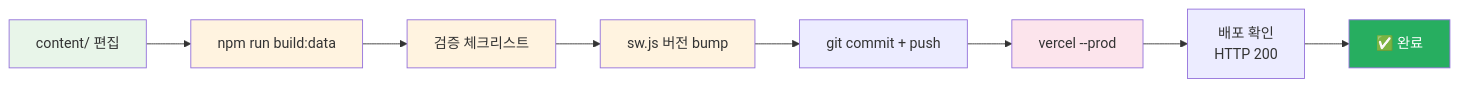
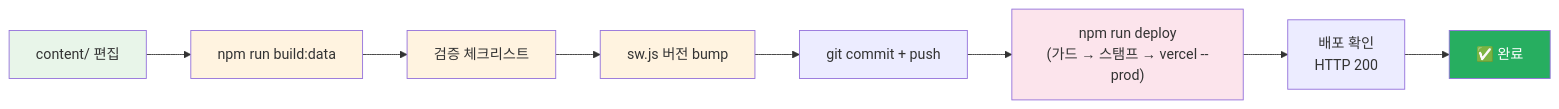
One commit to skygoldlee-cyber/passok changed the fifth of 5 diagrams in docs/dev/runbooks/CONTENT_WORKFLOW.md. Above: the diagram before and after it, drawn with Mermaid. The commit also changed other lines of this file and 27 other files, not shown here.

````diff
--- a/docs/dev/runbooks/CONTENT_WORKFLOW.md
+++ b/docs/dev/runbooks/CONTENT_WORKFLOW.md
@@ -495,17 +495,17 @@
 ```mermaid
 flowchart LR
     A["content/ 편집"] --> B["npm run build:data"]
     B --> C["검증 체크리스트"]
     C --> D["sw.js 버전 bump"]
     D --> E["git commit + push"]
-    E --> F["vercel --prod"]
+    E --> F["npm run deploy<br/>(가드 → 스탬프 → vercel --prod)"]
     F --> G["배포 확인<br/>HTTP 200"]
     G --> H["✅ 완료"]
 
     style A fill:#e8f5e9
     style B fill:#fff3e0
     style C fill:#fff3e0
     style D fill:#fff3e0
     style F fill:#fce4ec
     style H fill:#27ae60,color:#fff
 ```
````
